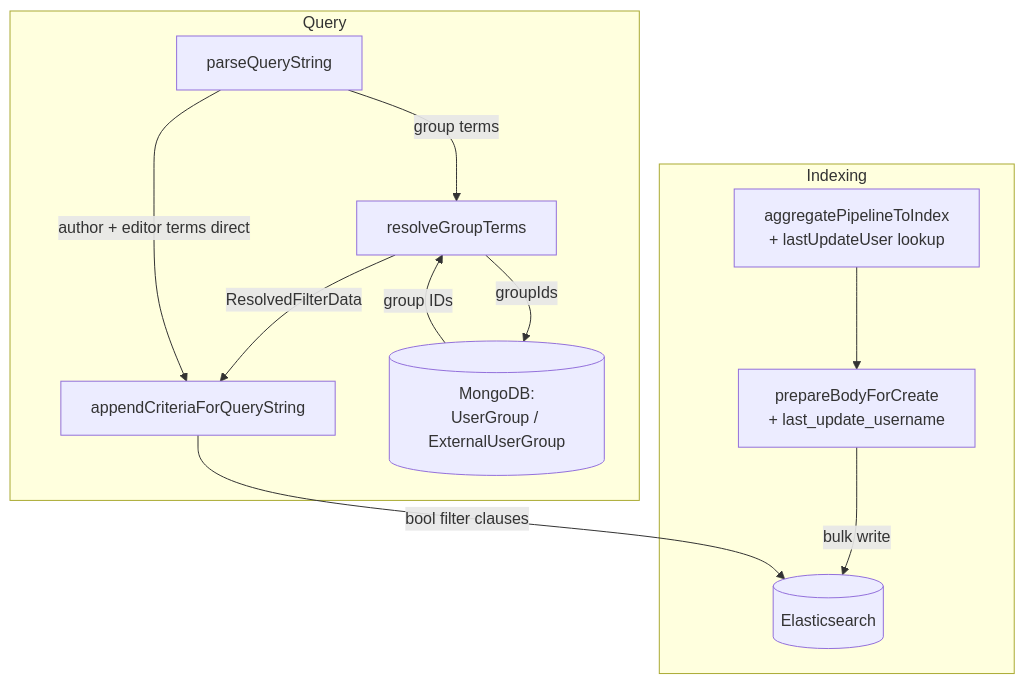
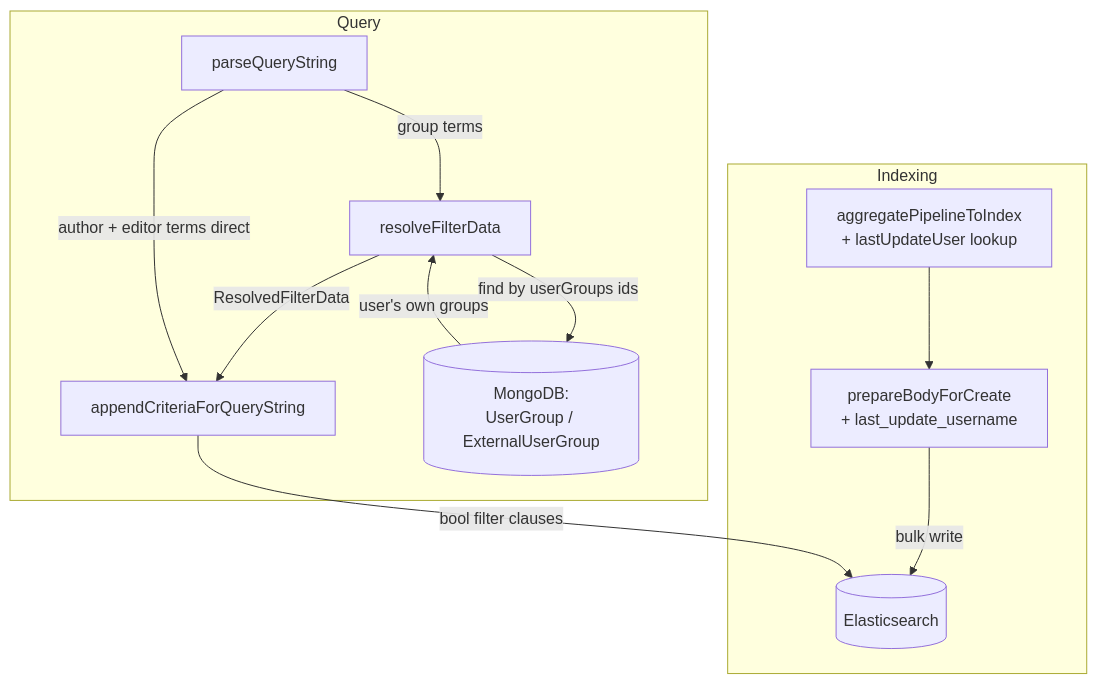
Before and after one commit to growilabs/growi: the first of 3 diagrams in .kiro/specs/search-filters/design.md, drawn with Mermaid. The commit also changed other lines of this file and 7 other files, not shown here.

````diff
--- a/.kiro/specs/search-filters/design.md
+++ b/.kiro/specs/search-filters/design.md
@@ -100,20 +100,20 @@
 ```mermaid
 graph TB
     subgraph Indexing
         AG[aggregatePipelineToIndex<br/>+ lastUpdateUser lookup]
         PB[prepareBodyForCreate<br/>+ last_update_username]
         AG --> PB
         PB -->|bulk write| ES
     end
     subgraph Query
         P[parseQueryString]
-        R[resolveGroupTerms]
+        R[resolveFilterData]
         A[appendCriteriaForQueryString]
         P -->|group terms| R
-        R -->|groupIds| DB[(MongoDB:<br/>UserGroup / ExternalUserGroup)]
-        DB -->|group IDs| R
+        R -->|find by userGroups ids| DB[(MongoDB:<br/>UserGroup / ExternalUserGroup)]
+        DB -->|user's own groups| R
         R -->|ResolvedFilterData| A
         P -->|author + editor terms direct| A
         A -->|bool filter clauses| ES[(Elasticsearch)]
     end
 ```
````
